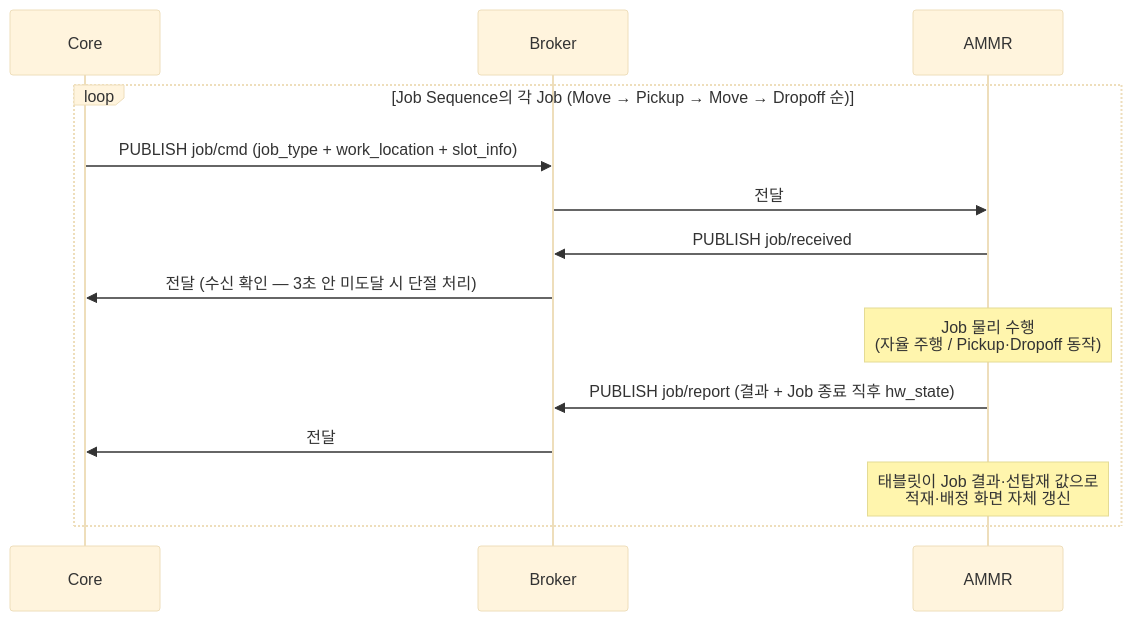
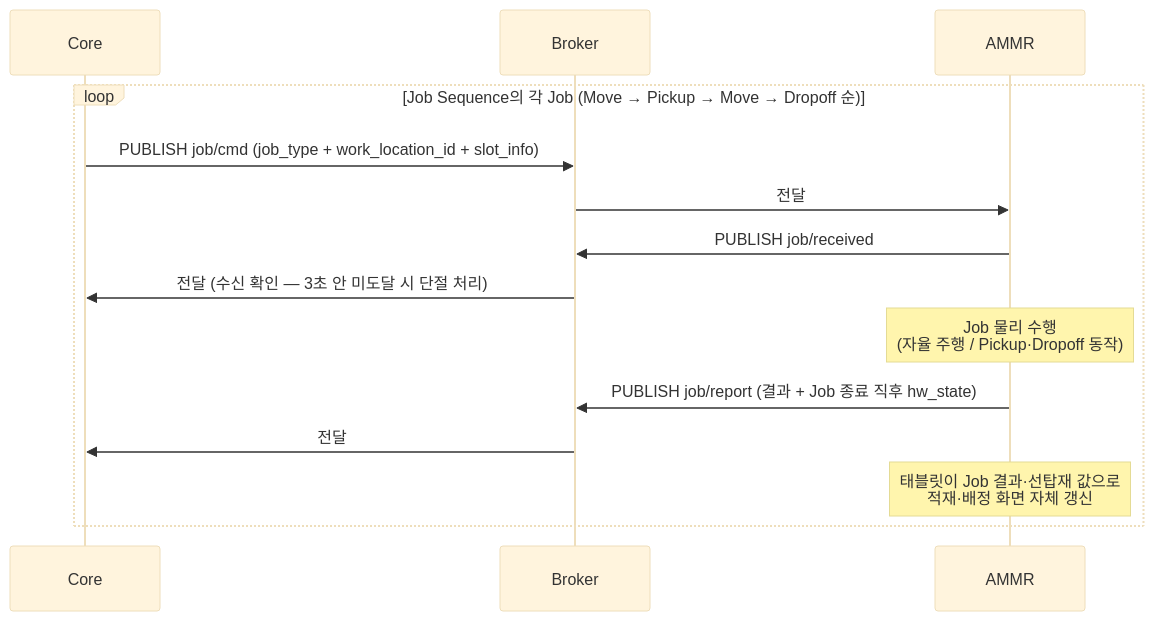
The seventh of 13 diagrams in docs/out/Core_ICD_AMMR.md (kimminsu0315/Core-Docs), drawn with Mermaid (base theme) before and after one commit. The commit also changed other lines of this file and 10 other files, not shown here.

````diff
--- a/docs/out/Core_ICD_AMMR.md
+++ b/docs/out/Core_ICD_AMMR.md
@@ -1030,17 +1047,17 @@
 ```mermaid
 sequenceDiagram
     participant C as Core
     participant B as Broker
     participant A as AMMR
 
     loop Job Sequence의 각 Job (Move → Pickup → Move → Dropoff 순)
-        C->>B: PUBLISH job/cmd (job_type + work_location + slot_info)
+        C->>B: PUBLISH job/cmd (job_type + work_location_id + slot_info)
         B->>A: 전달
         A->>B: PUBLISH job/received
         B->>C: 전달 (수신 확인 — 3초 안 미도달 시 단절 처리)
         Note over A: Job 물리 수행<br/>(자율 주행 / Pickup·Dropoff 동작)
         A->>B: PUBLISH job/report (결과 + Job 종료 직후 hw_state)
         B->>C: 전달
         Note over A: 태블릿이 Job 결과·선탑재 값으로<br/>적재·배정 화면 자체 갱신
     end
 ```
````
